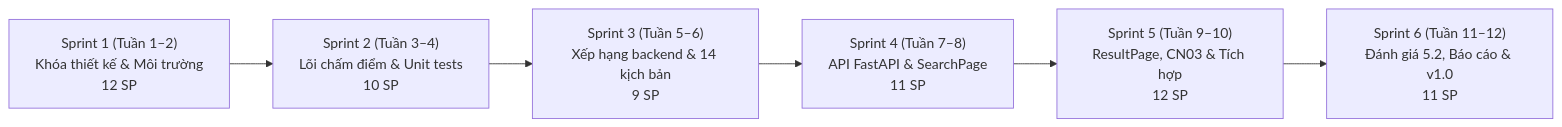
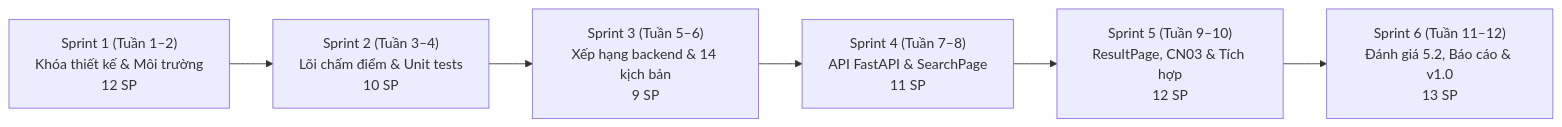
The diagram in docs/scrum/roadmap.md (tnduckhmt2411011-design/tutor-recommender), drawn with Mermaid before and after one commit. The commit also changed other lines of this file and 2 other files, not shown here.

Commit message:
docs: đồng bộ US-41 vào product backlog, roadmap và kế hoạch Sprint 6 (Refs #82) (#84)

````diff
--- a/docs/scrum/roadmap.md
+++ b/docs/scrum/roadmap.md
@@ -36,8 +36,8 @@
 ```mermaid
 flowchart LR
     S1["Sprint 1 (Tuần 1–2)<br/>Khóa thiết kế & Môi trường<br/>12 SP"] --> S2["Sprint 2 (Tuần 3–4)<br/>Lõi chấm điểm & Unit tests<br/>10 SP"]
     S2 --> S3["Sprint 3 (Tuần 5–6)<br/>Xếp hạng backend & 14 kịch bản<br/>9 SP"]
     S3 --> S4["Sprint 4 (Tuần 7–8)<br/>API FastAPI & SearchPage<br/>11 SP"]
     S4 --> S5["Sprint 5 (Tuần 9–10)<br/>ResultPage, CN03 & Tích hợp<br/>12 SP"]
-    S5 --> S6["Sprint 6 (Tuần 11–12)<br/>Đánh giá 5.2, Báo cáo & v1.0<br/>11 SP"]
+    S5 --> S6["Sprint 6 (Tuần 11–12)<br/>Đánh giá 5.2, Báo cáo & v1.0<br/>13 SP"]
 ```
````
